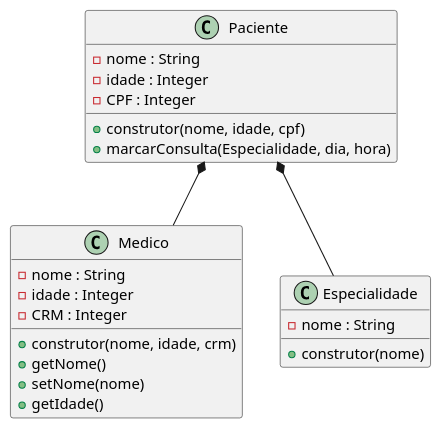
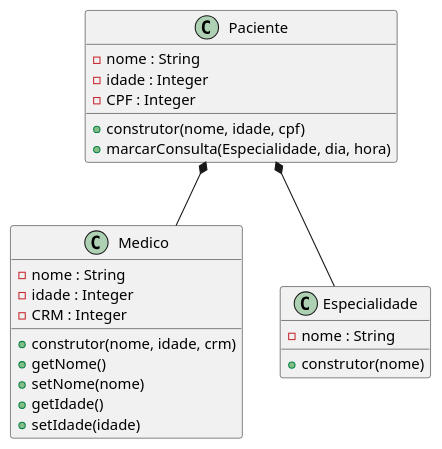
One commit to anleaes/2022-1-N2-POO-03 changed the diagram in diagrama.plantuml. Above: the diagram before and after it, drawn with PlantUML.

Commit message:
colocado setIdade em Medico

```diff
--- a/diagrama.plantuml
+++ b/diagrama.plantuml
@@ -1,29 +1,31 @@
 @startuml Gerenciamento de Exames Medicos
 
     class Paciente{
         - nome : String
         - idade : Integer
         - CPF : Integer
         + construtor(nome, idade, cpf)
         + marcarConsulta(Especialidade, dia, hora)
     }
 
     class Medico{
         - nome : String
         - idade : Integer
         - CRM : Integer
         + construtor(nome, idade, crm)
         + getNome()
         + setNome(nome)
         + getIdade()
+        + setIdade(idade)
+
     }
 
     class Especialidade{
         - nome : String
         + construtor(nome)
     }
 
     Paciente *-- Medico
     Paciente *-- Especialidade
 
 @enduml
```
